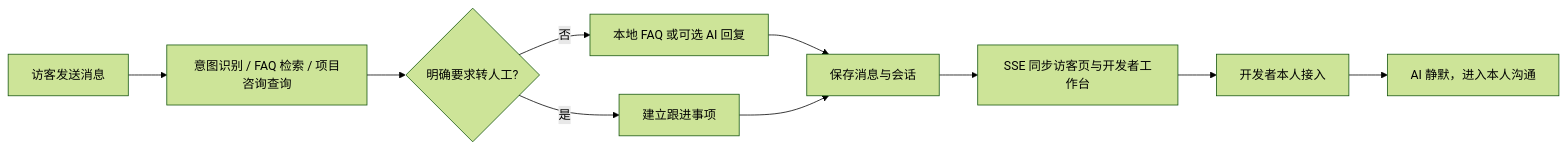
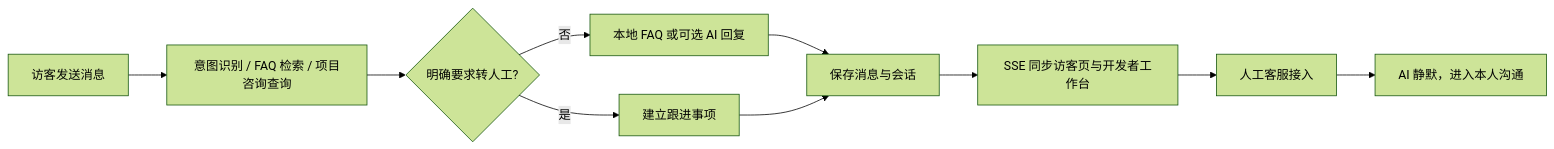
One commit to suijiafeng/ai-customer-support changed the diagram in README.md. Above: the diagram before and after it, drawn with Mermaid (forest theme). The commit also changed other lines of this file and 2 other files, not shown here.

Commit message:
feat: 新增 GitHub Models 厂商预设

````diff
--- a/README.md
+++ b/README.md
@@ -281,12 +282,12 @@
 ```mermaid
 flowchart LR
   A["访客发送消息"] --> B["意图识别 / FAQ 检索 / 项目咨询查询"]
   B --> C{"明确要求转人工?"}
   C -- 否 --> D["本地 FAQ 或可选 AI 回复"]
   C -- 是 --> E["建立跟进事项"]
   D --> F["保存消息与会话"]
   E --> F
   F --> G["SSE 同步访客页与开发者工作台"]
-  G --> H["开发者本人接入"]
+  G --> H["人工客服接入"]
   H --> I["AI 静默，进入本人沟通"]
 ```
````
